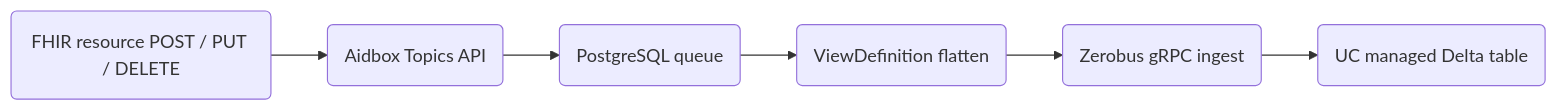
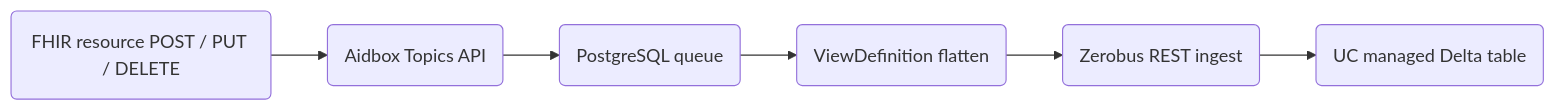
Before and after one commit to HealthSamurai/aidbox-docs: the second of 6 diagrams in docs/tutorials/subscriptions-tutorials/data-lakehouse-aidboxtopicdestination.md, drawn with Mermaid. The commit also changed other lines of this file, not shown here.

First line of the commit message:
deltalake tutorial: gRPC→REST + HTML width on remaining parameter tables

````diff
--- a/docs/tutorials/subscriptions-tutorials/data-lakehouse-aidboxtopicdestination.md
+++ b/docs/tutorials/subscriptions-tutorials/data-lakehouse-aidboxtopicdestination.md
@@ -105,11 +105,11 @@
 ```mermaid
 graph LR
     A(FHIR resource POST / PUT / DELETE):::blue2
     B(Aidbox Topics API):::blue2
     C(PostgreSQL queue):::neutral2
     D(ViewDefinition flatten):::yellow2
-    Z(Zerobus gRPC ingest):::green2
+    Z(Zerobus REST ingest):::green2
     T0(UC managed Delta table):::violet2
 
     A --> B --> C --> D --> Z --> T0
 ```
````
